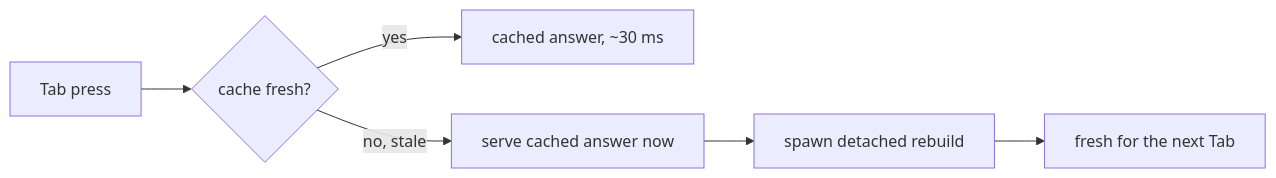
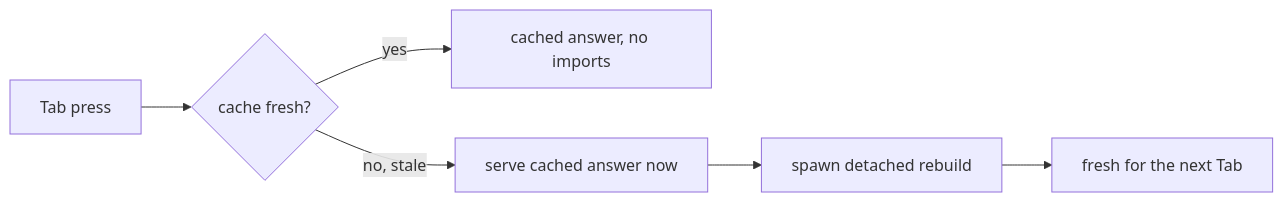
One commit to willemkokke/footman changed the diagram in docs/completion.md. Above: the diagram before and after it, drawn with Mermaid. The commit also changed other lines of this file and 5 other files, not shown here.

````diff
--- a/docs/completion.md
+++ b/docs/completion.md
@@ -98,8 +101,8 @@
 ``` mermaid
 graph LR
   tab["Tab press"] --> fresh{cache fresh?}
-  fresh -->|yes| answer["cached answer, ~30 ms"]
+  fresh -->|yes| answer["cached answer, no imports"]
   fresh -->|"no, stale"| serve["serve cached answer now"]
   serve --> rebuild["spawn detached rebuild"]
   rebuild --> nexttime["fresh for the next Tab"]
 ```
````
